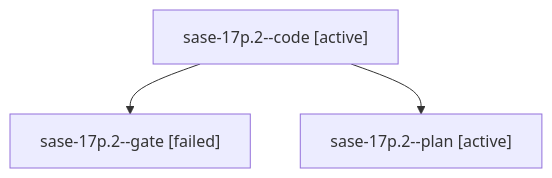
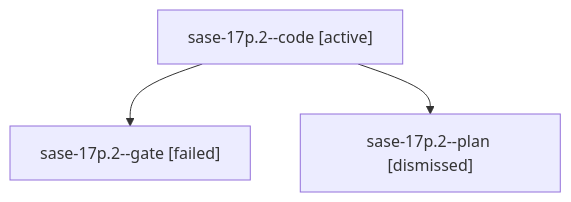
Before and after one commit to sase-org/sase--agents: the diagram in sessions/bbugyi200.athena.sase-17p.2.md, drawn with Mermaid. The commit also changed other lines of this file and 179 other files, not shown here.

````diff
--- a/sessions/bbugyi200.athena.sase-17p.2.md
+++ b/sessions/bbugyi200.athena.sase-17p.2.md
@@ -9,8 +9,8 @@
 ```mermaid
 flowchart TD
   n0["sase-17p.2--code [active]"]
   n1["sase-17p.2--gate [failed]"]
   n0 --> n1
-  n2["sase-17p.2--plan [active]"]
+  n2["sase-17p.2--plan [dismissed]"]
   n0 --> n2
 ```
````
